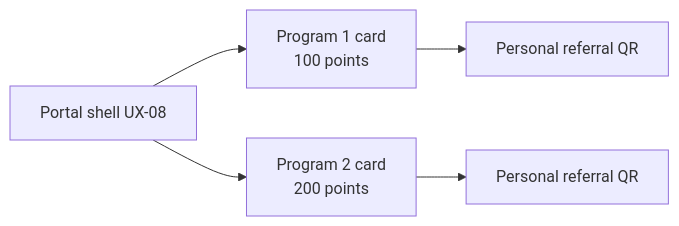
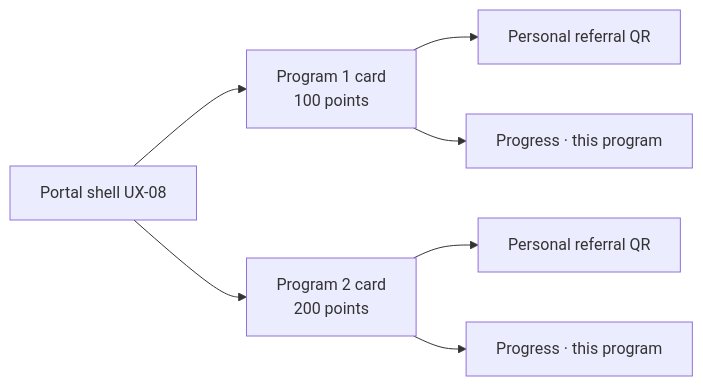
Before and after one commit to Ali-sherif/loyollo-web: the ninth of 9 diagrams in docs/product/auth-login-register-ui-brief.md, drawn with Mermaid. The commit also changed other lines of this file and 21 other files, not shown here.

````diff
--- a/docs/product/auth-login-register-ui-brief.md
+++ b/docs/product/auth-login-register-ui-brief.md
@@ -278,7 +316,9 @@
 ```mermaid
 flowchart LR
   Portal["Portal shell UX-08"] --> W1["Program 1 card\n100 points"]
   Portal --> W2["Program 2 card\n200 points"]
   W1 --> Share1["Personal referral QR"]
+  W1 --> Prog1["Progress · this program"]
   W2 --> Share2["Personal referral QR"]
+  W2 --> Prog2["Progress · this program"]
 ```
````
